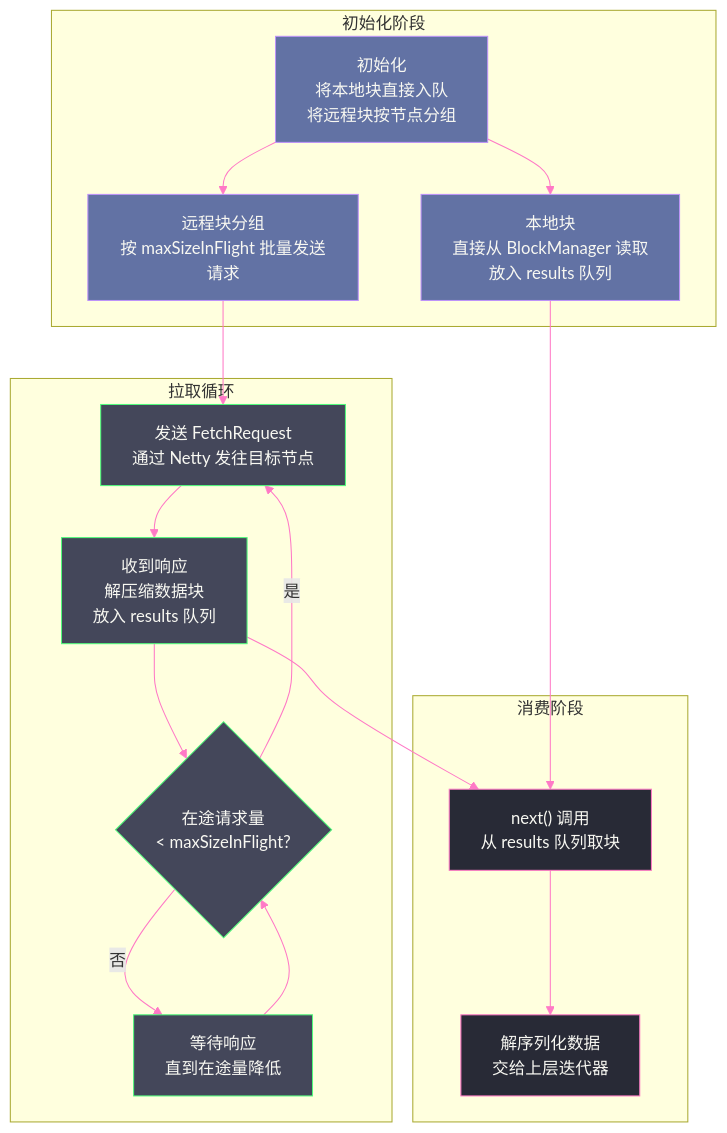
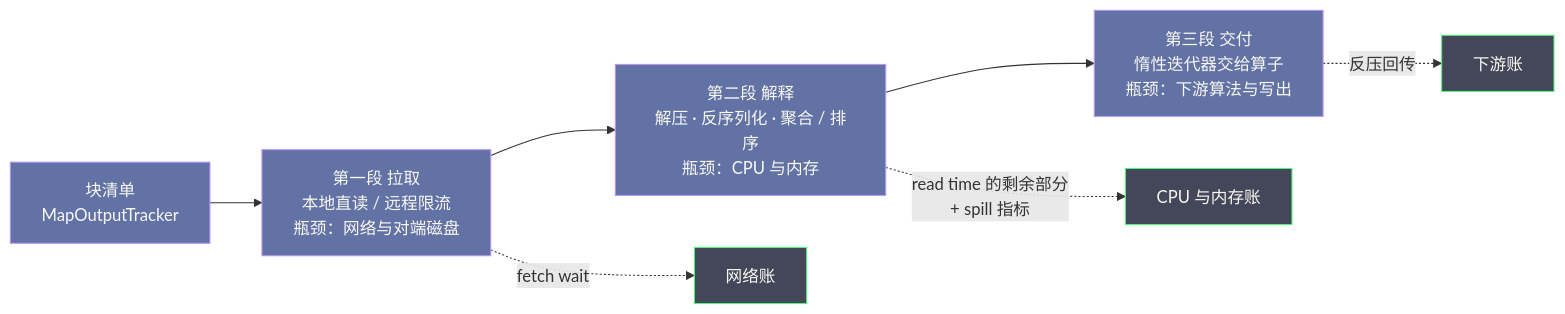
Before and after one commit to hpliStartAgain/my-brain: the first of 5 diagrams in content/大数据/Spark/Spark-Shuffle与内存管理机制深度解析/05 Shuffle Read 深度解剖：拉取、聚合与排序.md, drawn with Mermaid. The commit also changed other lines of this file and 455 other files, not shown here.

````diff
--- a/content/大数据/Spark/Spark-Shuffle与内存管理机制深度解析/05 Shuffle Read 深度解剖：拉取、聚合与排序.md
+++ b/content/大数据/Spark/Spark-Shuffle与内存管理机制深度解析/05 Shuffle Read 深度解剖：拉取、聚合与排序.md
@@ -107,32 +33,14 @@
 ```mermaid
-%%{init: {"theme": "dracula", "themeVariables": {"primaryColor": "#6272a4", "primaryTextColor": "#f8f8f2", "primaryBorderColor": "#bd93f9", "lineColor": "#ff79c6", "secondaryColor": "#44475a", "tertiaryColor": "#282a36"}}}%%
-graph TD
-    subgraph "初始化阶段"
-        INIT["初始化</br>将本地块直接入队</br>将远程块按节点分组"] --> LOCAL["本地块</br>直接从 BlockManager 读取</br>放入 results 队列"]
-        INIT --> REMOTE["远程块分组</br>按 maxSizeInFlight 批量发送请求"]
-    end
-
-    subgraph "拉取循环"
-        REMOTE --> SEND["发送 FetchRequest</br>通过 Netty 发往目标节点"]
-        SEND --> RECV["收到响应</br>解压缩数据块</br>放入 results 队列"]
-        RECV --> CHECK{"在途请求量</br>< maxSizeInFlight?"}
-        CHECK -- "是" --> SEND
-        CHECK -- "否" --> WAIT["等待响应</br>直到在途量降低"]
-        WAIT --> CHECK
-    end
-
-    subgraph "消费阶段"
-        CONSUME["next() 调用</br>从 results 队列取块"] --> PARSE["解序列化数据</br>交给上层迭代器"]
-    end
-
-    LOCAL --> CONSUME
-    RECV --> CONSUME
-
-    classDef init fill:#6272a4,stroke:#bd93f9,color:#f8f8f2
-    classDef fetch fill:#44475a,stroke:#50fa7b,color:#f8f8f2
-    classDef consume fill:#282a36,stroke:#ff79c6,color:#f8f8f2
-
-    class INIT,LOCAL,REMOTE init
-    class SEND,RECV,CHECK,WAIT fetch
-    class CONSUME,PARSE consume
+%%{init: {'theme': 'dracula'}}%%
+flowchart LR
+    A["块清单<br/>MapOutputTracker"] --> B["第一段 拉取<br/>本地直读 / 远程限流<br/>瓶颈：网络与对端磁盘"]
+    B --> C["第二段 解释<br/>解压 · 反序列化 · 聚合 / 排序<br/>瓶颈：CPU 与内存"]
+    C --> D["第三段 交付<br/>惰性迭代器交给算子<br/>瓶颈：下游算法与写出"]
+    B -.->|"fetch wait"| M1["网络账"]
+    C -.->|"read time 的剩余部分<br/>+ spill 指标"| M2["CPU 与内存账"]
+    D -.->|"反压回传"| M3["下游账"]
+    classDef seg fill:#6272a4,stroke:#bd93f9,color:#f8f8f2
+    classDef met fill:#44475a,stroke:#50fa7b,color:#f8f8f2
+    class A,B,C,D seg
+    class M1,M2,M3 met
 ```
````
